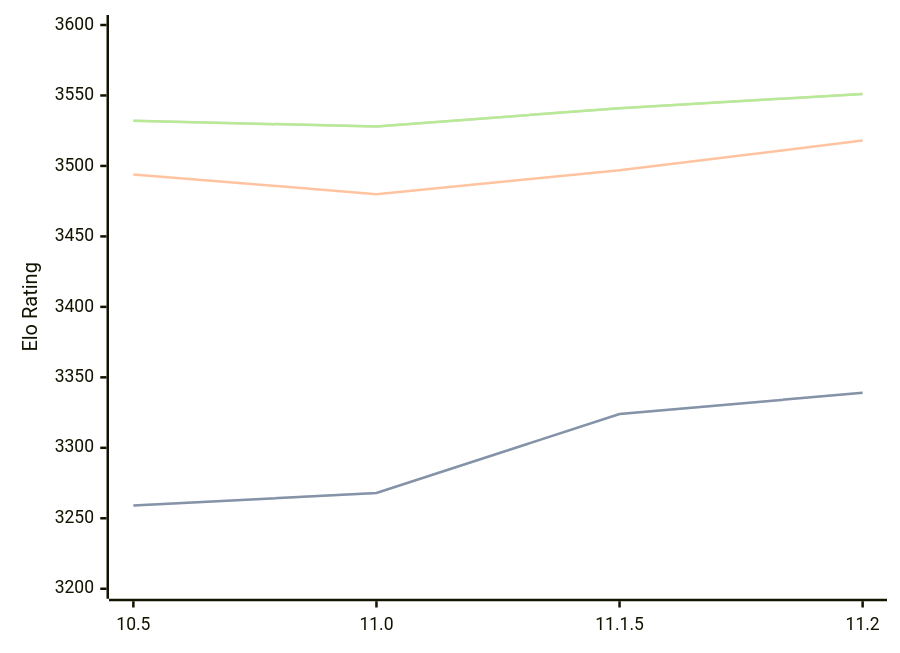
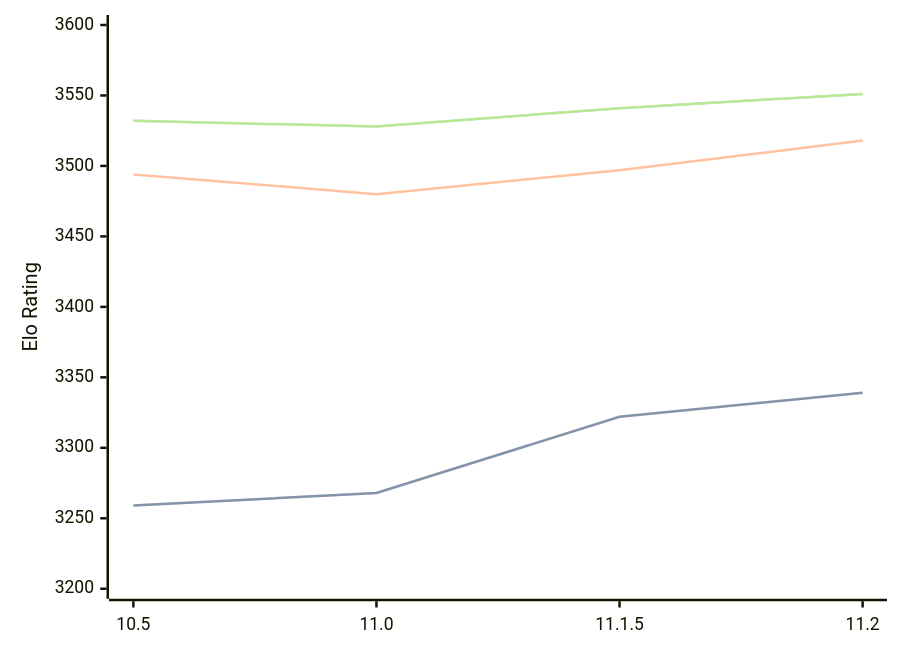
One commit to computer-chess-index/cci changed the diagram in engines/Lizard.md. Above: the diagram before and after it, drawn with Mermaid. The commit also changed other lines of this file, not shown here.

````diff
--- a/engines/Lizard.md
+++ b/engines/Lizard.md
@@ -46,11 +46,11 @@
 ```mermaid
 %%{init: {"theme":"base","themeVariables":{"seriesColors:['#a3a3a3','#222221','#faa371']}}}%%
 xychart-beta
   x-axis ["10.5", "11.0", "11.1.5", "11.2"]
   y-axis "Elo Rating" 3200 --> 3600
-  line "STC (8.0+0.08s)" [3259, 3268, 3324, 3339]
-  line "STC (8.0+0.08s)" [3259, 3268, 3324, 3339]
+  line "STC (8.0+0.08s)" [3259, 3268, 3322, 3339]
+  line "STC (8.0+0.08s)" [3259, 3268, 3322, 3339]
   line "LTC (60.0+0.60s)" [3494, 3480, 3497, 3518]
   line "VLTC (2m24s+1.12s)" [3532, 3528, 3541, 3551]
   line "VLTC (2m24s+1.12s)" [3532, 3528, 3541, 3551]
 ```
````
